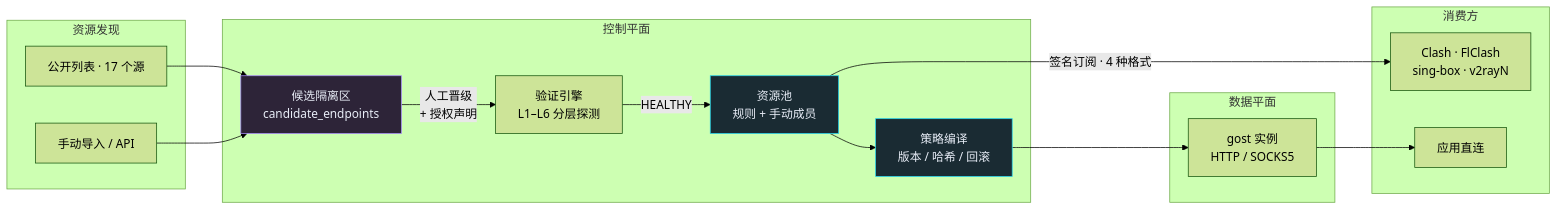
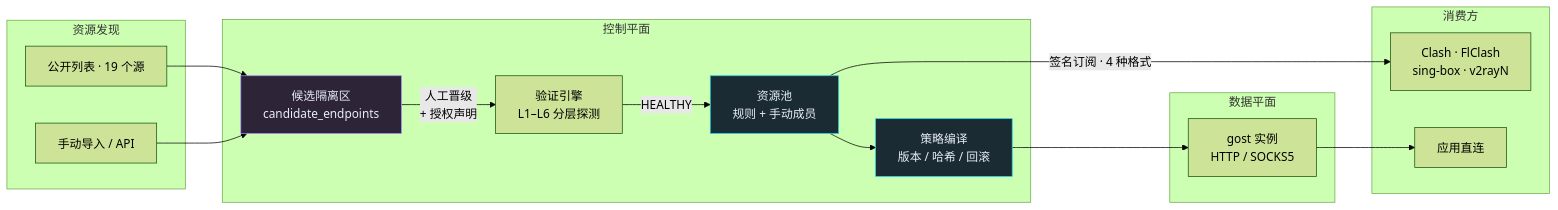
The diagram in README.md (funny8kids/ProxyForge), drawn with Mermaid (forest theme) before and after one commit. The commit also changed other lines of this file and 4 other files, not shown here.

````diff
--- a/README.md
+++ b/README.md
@@ -112,36 +124,36 @@
 ```mermaid
 flowchart LR
     subgraph discovery["资源发现"]
-        A1["公开列表 · 17 个源"]
+        A1["公开列表 · 19 个源"]
         A2["手动导入 / API"]
     end
 
     subgraph control["控制平面"]
         B1["候选隔离区<br/>candidate_endpoints"]
         B2["验证引擎<br/>L1–L6 分层探测"]
         B3["资源池<br/>规则 + 手动成员"]
         B4["策略编译<br/>版本 / 哈希 / 回滚"]
     end
 
     subgraph data["数据平面"]
         C1["gost 实例<br/>HTTP / SOCKS5"]
     end
 
     subgraph consume["消费方"]
         D1["Clash · FlClash<br/>sing-box · v2rayN"]
         D2["应用直连"]
     end
 
     A1 --> B1
     A2 --> B1
     B1 -->|"人工晋级<br/>+ 授权声明"| B2
     B2 -->|"HEALTHY"| B3
     B3 --> B4
     B4 --> C1
     B3 -->|"签名订阅 · 4 种格式"| D1
     C1 --> D2
 
     style B1 fill:#2d2438,stroke:#a78bfa,color:#e8edf7
     style B3 fill:#1a2b33,stroke:#22d3ee,color:#e8edf7
     style B4 fill:#1a2b33,stroke:#22d3ee,color:#e8edf7
 ```
````
